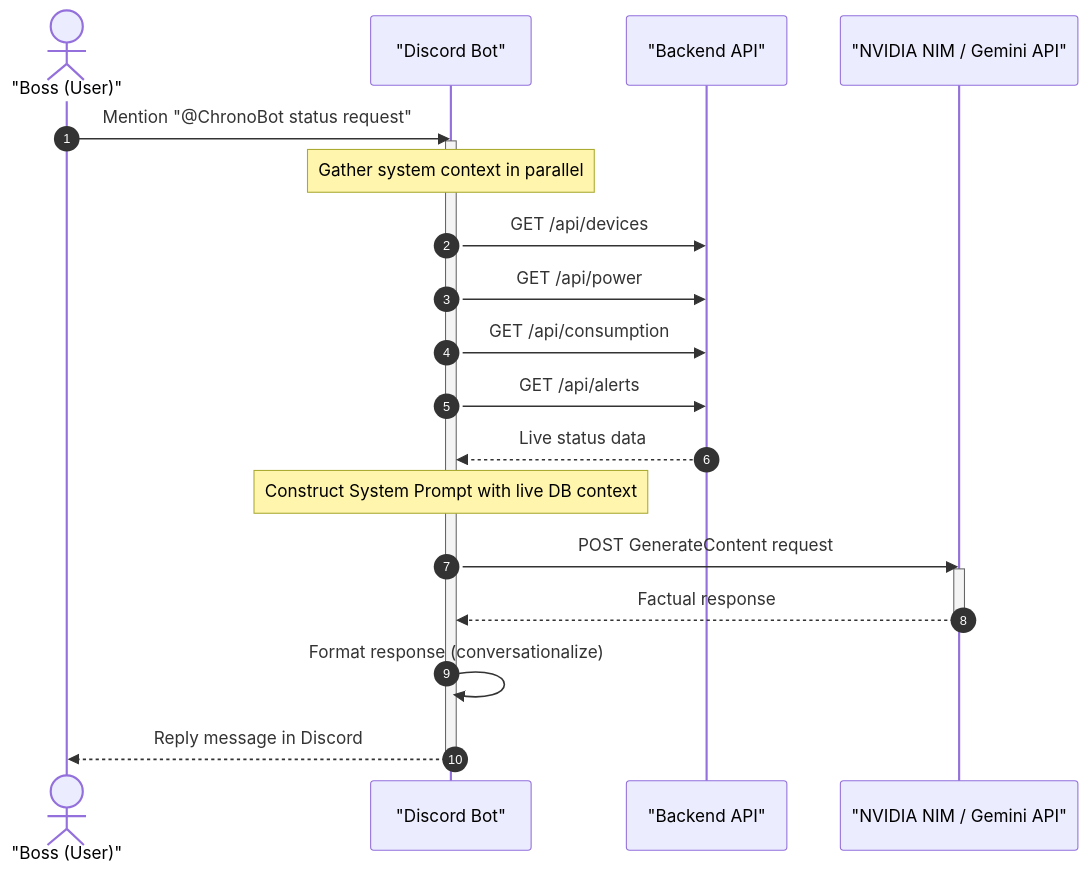
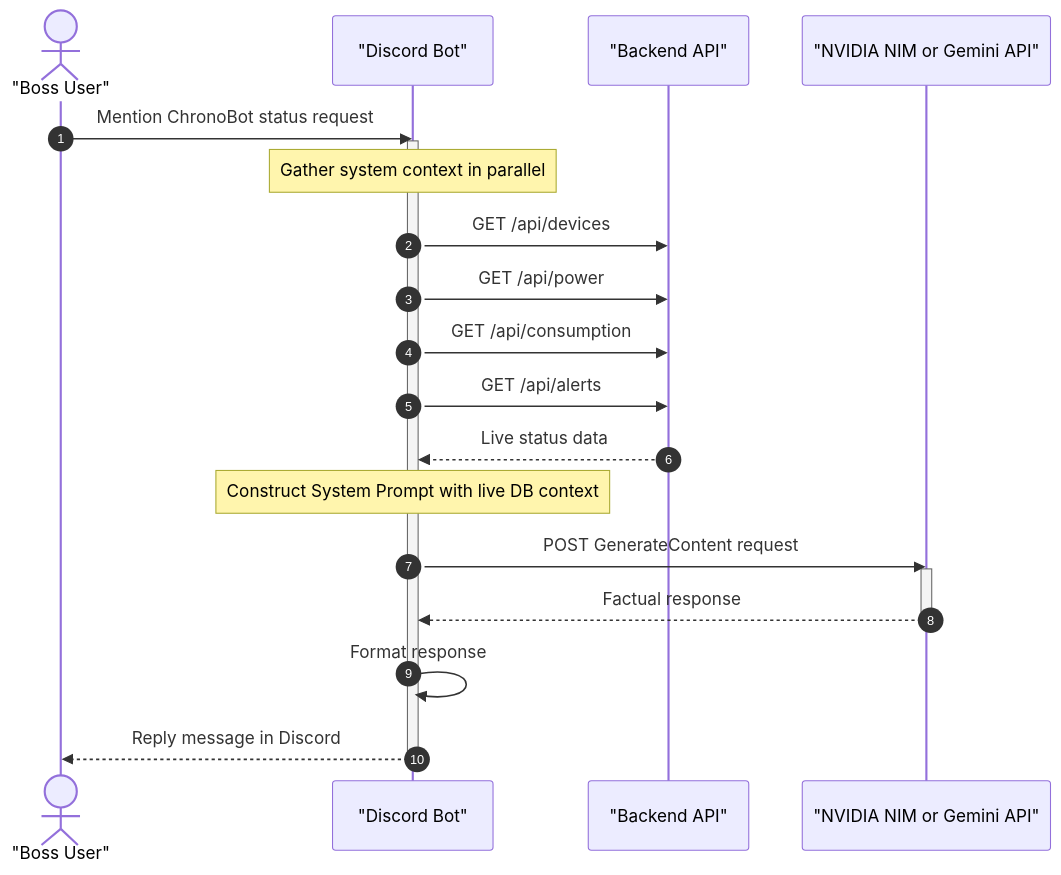
Before and after one commit to AtlasRoX/Techathon-Preli: the fifth of 6 diagrams in README.md, drawn with Mermaid. The commit also changed other lines of this file, not shown here.

Commit message:
docs: fix mermaid diagrams syntax for markdown compatibility

````diff
--- a/README.md
+++ b/README.md
@@ -265,28 +265,28 @@
 ```mermaid
 sequenceDiagram
   autonumber
-  actor User as "Boss (User)"
+  actor User as "Boss User"
   participant Bot as "Discord Bot"
   participant API as "Backend API"
-  participant AI as "NVIDIA NIM / Gemini API"
+  participant AI as "NVIDIA NIM or Gemini API"
 
-  User->>Bot: Mention "@ChronoBot status request"
+  User->>Bot: Mention ChronoBot status request
   activate Bot
   
   Note over Bot: Gather system context in parallel
   Bot->>API: GET /api/devices
   Bot->>API: GET /api/power
   Bot->>API: GET /api/consumption
   Bot->>API: GET /api/alerts
   API-->>Bot: Live status data
   
   Note over Bot: Construct System Prompt with live DB context
   Bot->>AI: POST GenerateContent request
   activate AI
   AI-->>Bot: Factual response
   deactivate AI
   
-  Bot->>Bot: Format response (conversationalize)
+  Bot->>Bot: Format response
   Bot-->>User: Reply message in Discord
   deactivate Bot
 ```
````
